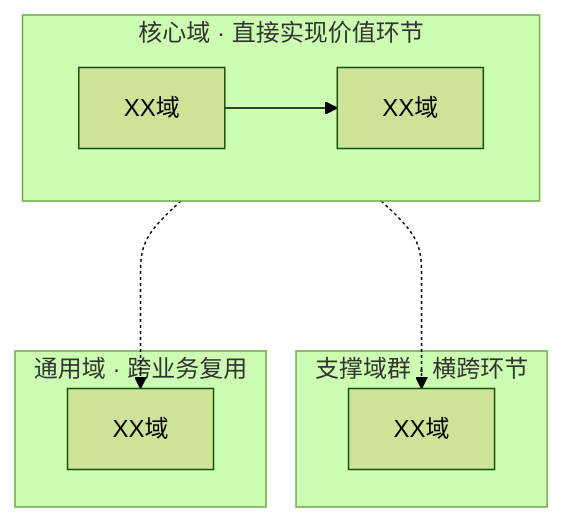
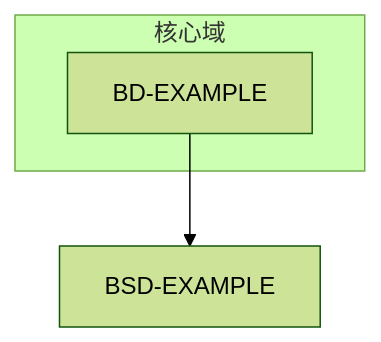
One commit to oleewen/ai-knowledge changed the diagram in company/knowledge/business/chapters/business-domain-division.md. Above: the diagram before and after it, drawn with Mermaid (forest theme). The commit also changed other lines of this file and 48 other files, not shown here.

````diff
--- a/company/knowledge/business/chapters/business-domain-division.md
+++ b/company/knowledge/business/chapters/business-domain-division.md
@@ -44,18 +42,7 @@
 ```mermaid
 graph TB
-    subgraph 核心域["核心域 · 直接实现价值环节"]
-        direction LR
-        DOM_SALE["XX域"] --> DOM_ORDER["XX域"]
+    subgraph 核心域["核心域"]
+        BD_EXAMPLE["BD-EXAMPLE"]
     end
-
-    subgraph 支撑域群["支撑域群 · 横跨环节"]
-        DOM_FULFILL["XX域"]
-    end
-
-    subgraph 通用域群["通用域 · 跨业务复用"]
-        DOM_COMMON["XX域"]
-    end
-
-    DOM_ORDER -..-> DOM_FULFILL
-    DOM_SALE -..-> DOM_COMMON
+    BD_EXAMPLE --> BSD_EXAMPLE["BSD-EXAMPLE"]
 ```
````
